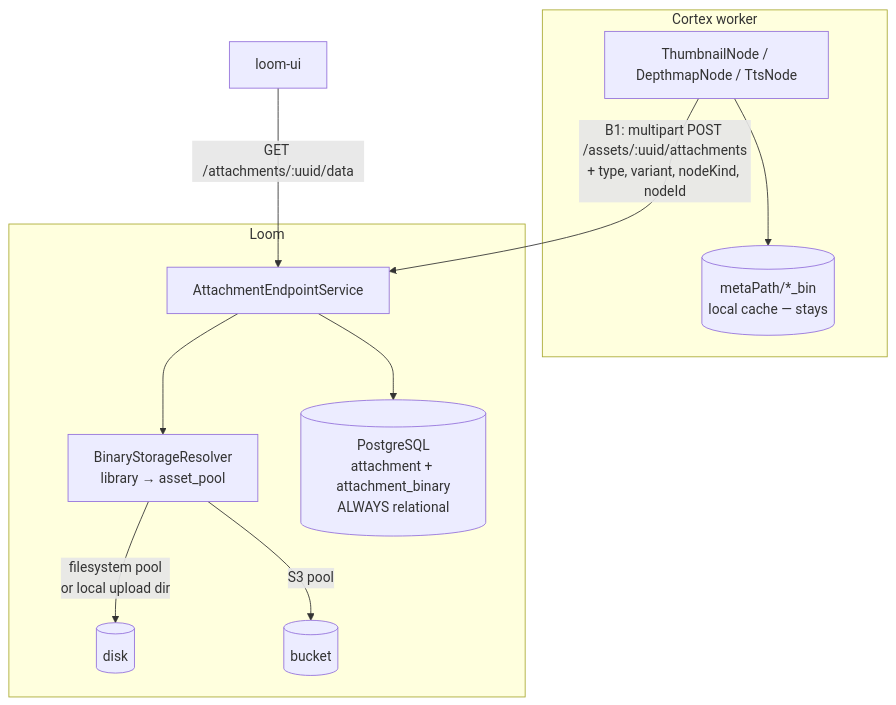
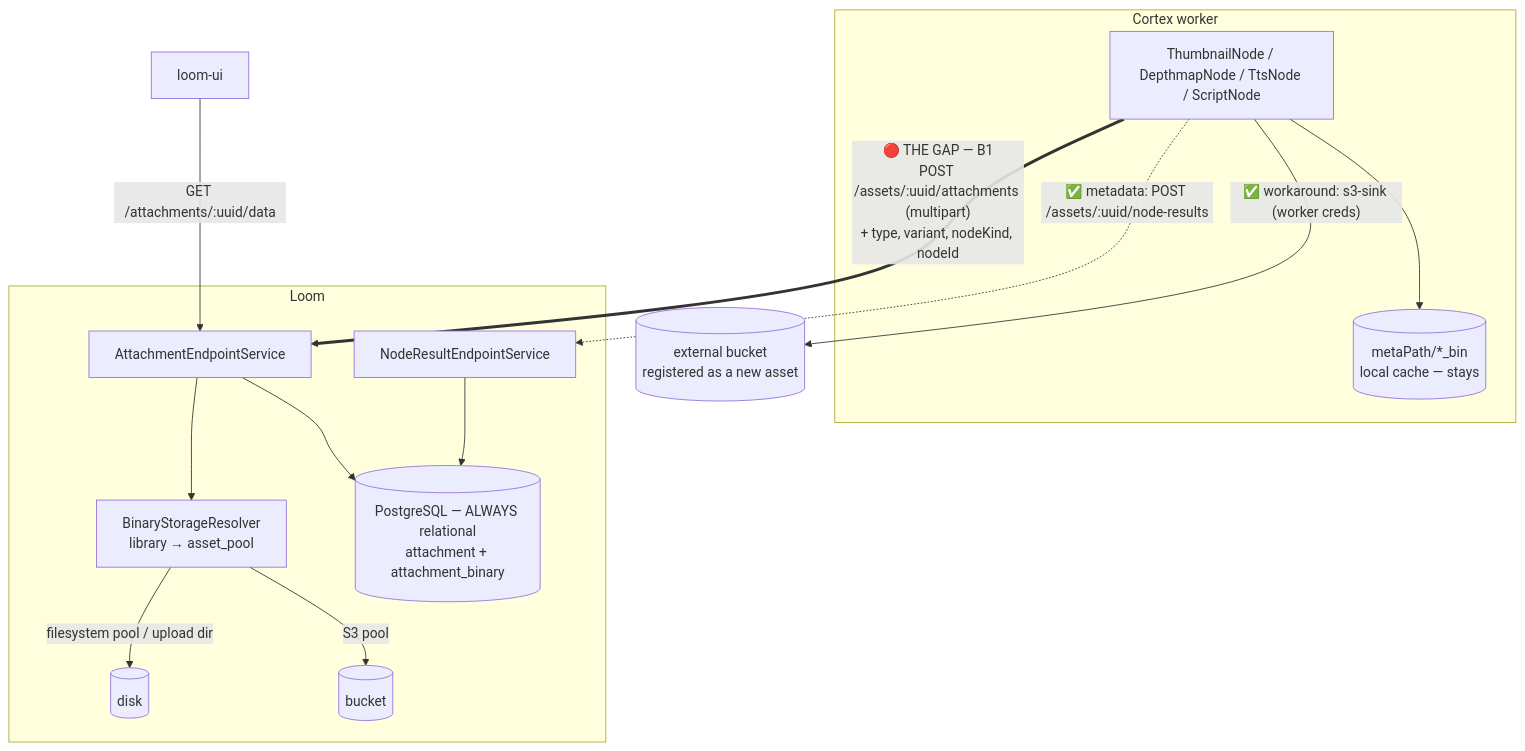
The diagram in spec/features/rest/REST_CORTEX_METADATA_BINARY_HANDLING_PLAN.md (metaloom/metaloom), drawn with Mermaid before and after one commit. The commit also changed other lines of this file and 53 other files, not shown here.

````diff
--- a/spec/features/rest/REST_CORTEX_METADATA_BINARY_HANDLING_PLAN.md
+++ b/spec/features/rest/REST_CORTEX_METADATA_BINARY_HANDLING_PLAN.md
@@ -312,17 +211,21 @@
 ```mermaid
 graph TB
     subgraph CX["Cortex worker"]
-        N["ThumbnailNode / DepthmapNode / TtsNode"]
+        N["ThumbnailNode / DepthmapNode / TtsNode / ScriptNode"]
         C[("metaPath/*_bin<br/>local cache — stays")]
         N --> C
     end
-    N -->|"B1: multipart POST /assets/:uuid/attachments<br/>+ type, variant, nodeKind, nodeId"| API
+    N -.->|"✅ metadata: POST /assets/:uuid/node-results"| API2
+    N ==>|"🔴 THE GAP — B1<br/>POST /assets/:uuid/attachments (multipart)<br/>+ type, variant, nodeKind, nodeId"| API
+    N -->|"✅ workaround: s3-sink (worker creds)"| BUCKET[("external bucket<br/>registered as a new asset")]
     subgraph LOOM["Loom"]
         API["AttachmentEndpointService"]
+        API2["NodeResultEndpointService"]
         API --> RES["BinaryStorageResolver<br/>library → asset_pool"]
-        RES -->|"filesystem pool<br/>or local upload dir"| FS[("disk")]
+        RES -->|"filesystem pool / upload dir"| FS[("disk")]
         RES -->|"S3 pool"| S3[("bucket")]
-        API --> DB[("PostgreSQL<br/>attachment + attachment_binary<br/>ALWAYS relational")]
+        API --> DB[("PostgreSQL — ALWAYS relational<br/>attachment + attachment_binary")]
+        API2 --> DB
     end
     UI["loom-ui"] -->|"GET /attachments/:uuid/data"| API
 ```
````
